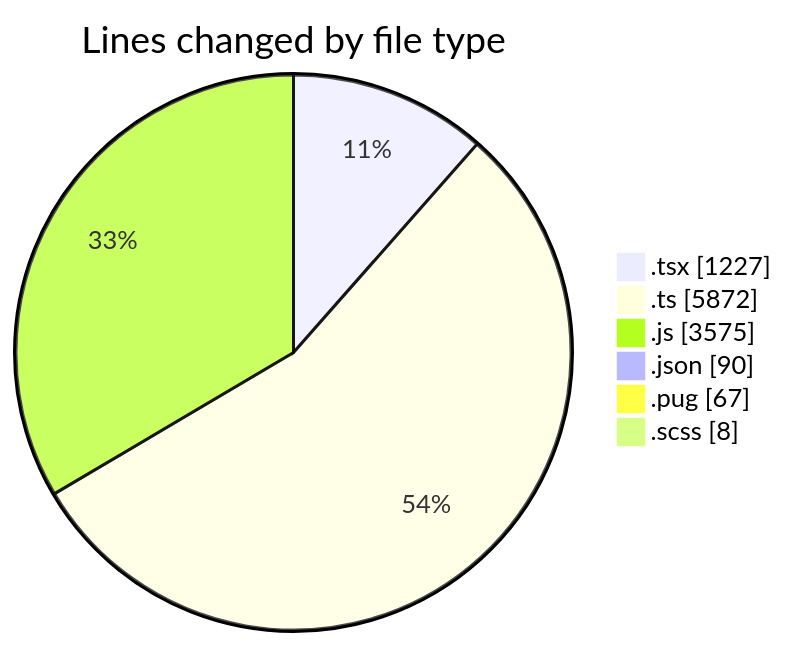
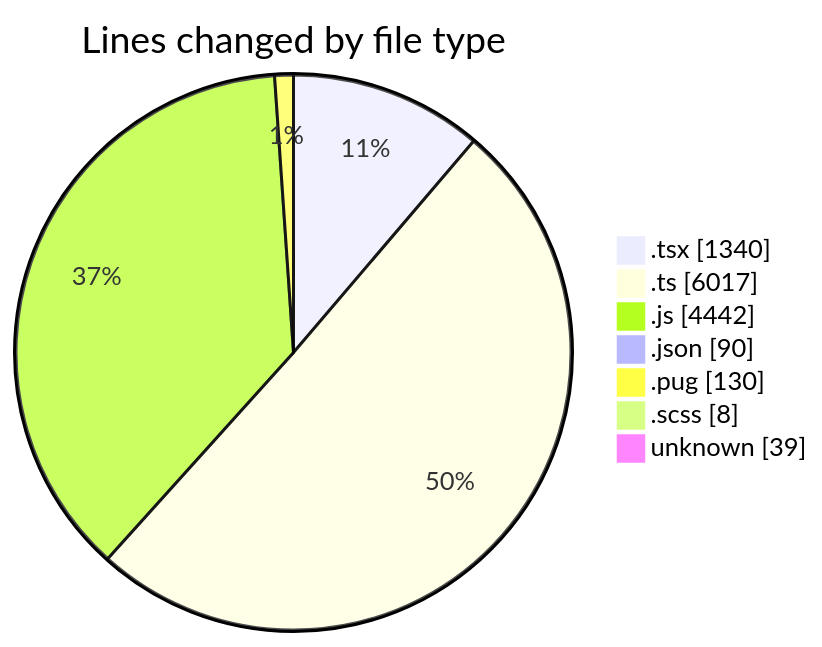
One commit to momahboobian/code-tracking changed the first of 2 diagrams in 2025-03-24/cda/README.md. Above: the diagram before and after it, drawn with Mermaid. The commit also changed other lines of this file and 1 other file, not shown here.

````diff
--- a/2025-03-24/cda/README.md
+++ b/2025-03-24/cda/README.md
@@ -41,10 +42,11 @@
 ```mermaid
 pie showData
 title Lines changed by file type
-".tsx" : 1227
-".ts" : 5872
-".js" : 3575
+".tsx" : 1340
+".ts" : 6017
+".js" : 4442
 ".json" : 90
-".pug" : 67
+".pug" : 130
 ".scss" : 8
+"unknown" : 39
 ```
````
